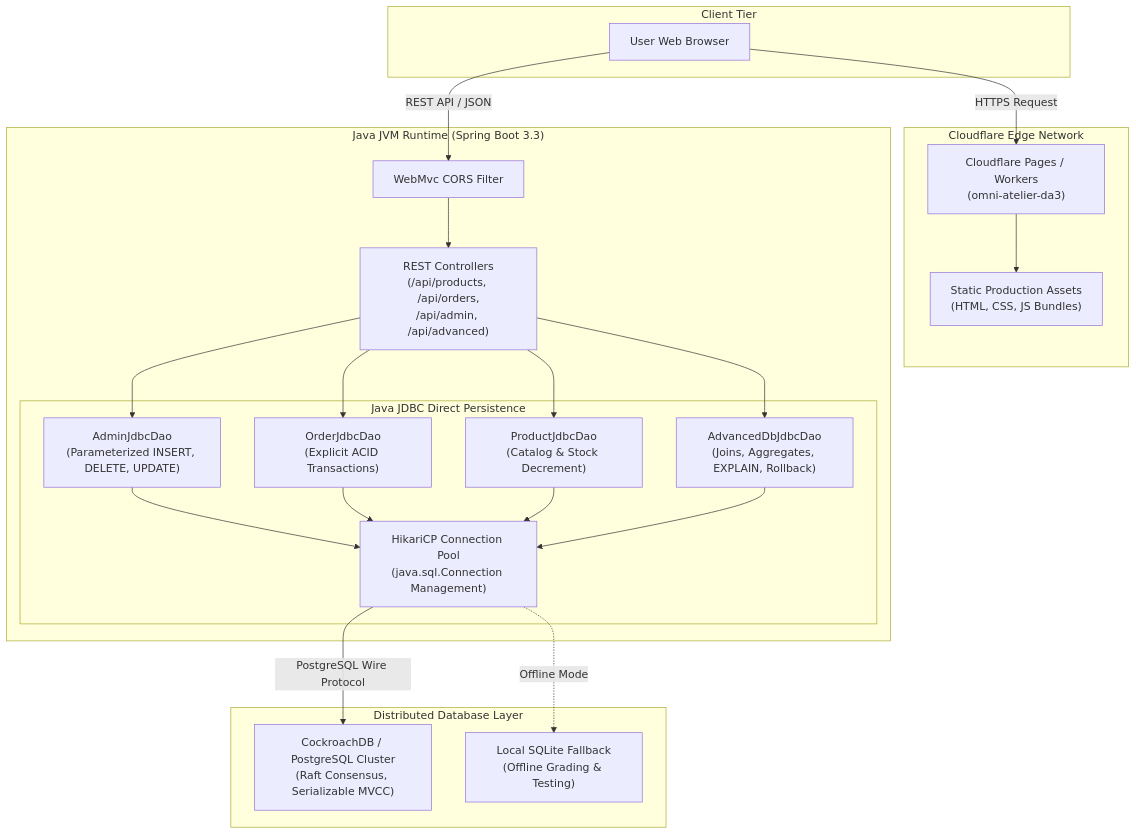
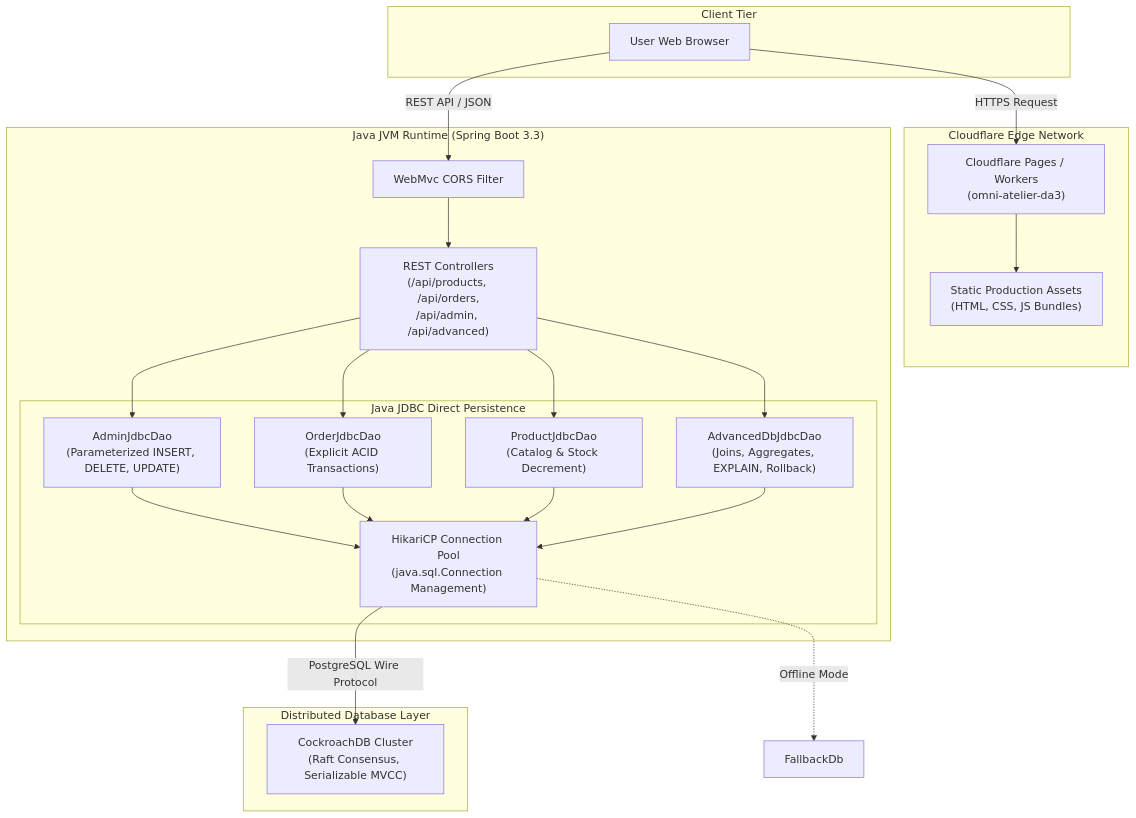
The diagram in Digital Assignment 3/docs/architecture.md (naveendrang-cyber/DBMS-PROJ), drawn with Mermaid before and after one commit. The commit also changed other lines of this file and 319 other files, not shown here.

````diff
--- a/Digital Assignment 3/docs/architecture.md
+++ b/Digital Assignment 3/docs/architecture.md
@@ -16,38 +16,37 @@
 ```mermaid
 flowchart TD
     subgraph Client["Client Tier"]
         Browser["User Web Browser"]
     end
 
     subgraph Edge["Cloudflare Edge Network"]
         CFPages["Cloudflare Pages / Workers<br/>(omni-atelier-da3)"]
         DistAssets["Static Production Assets<br/>(HTML, CSS, JS Bundles)"]
     end
 
     subgraph BackendJVM["Java JVM Runtime (Spring Boot 3.3)"]
         Cors["WebMvc CORS Filter"]
         Controllers["REST Controllers<br/>(/api/products, /api/orders,<br/>/api/admin, /api/advanced)"]
         
         subgraph JdbcLayer["Java JDBC Direct Persistence"]
             AdminDao["AdminJdbcDao<br/>(Parameterized INSERT, DELETE, UPDATE)"]
             OrderDao["OrderJdbcDao<br/>(Explicit ACID Transactions)"]
             ProductDao["ProductJdbcDao<br/>(Catalog & Stock Decrement)"]
             AdvancedDao["AdvancedDbJdbcDao<br/>(Joins, Aggregates, EXPLAIN, Rollback)"]
             HikariPool["HikariCP Connection Pool<br/>(java.sql.Connection Management)"]
         end
     end
 
     subgraph DatabaseTier["Distributed Database Layer"]
-        Cockroach["CockroachDB / PostgreSQL Cluster<br/>(Raft Consensus, Serializable MVCC)"]
-        FallbackDb["Local SQLite Fallback<br/>(Offline Grading &amp; Testing)"]
+        Cockroach["CockroachDB Cluster<br/>(Raft Consensus, Serializable MVCC)"]
     end
 
     Browser -->|HTTPS Request| CFPages
     CFPages --> DistAssets
     Browser -->|REST API / JSON| Cors
     Cors --> Controllers
     Controllers --> AdminDao & OrderDao & ProductDao & AdvancedDao
     AdminDao & OrderDao & ProductDao & AdvancedDao --> HikariPool
     HikariPool -->|PostgreSQL Wire Protocol| Cockroach
     HikariPool -.->|Offline Mode| FallbackDb
 ```
````
